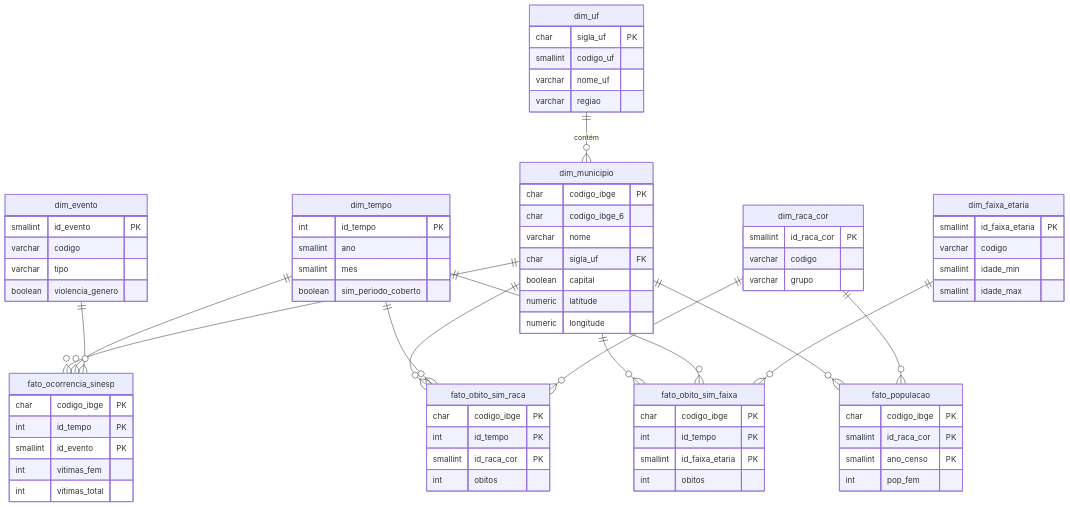
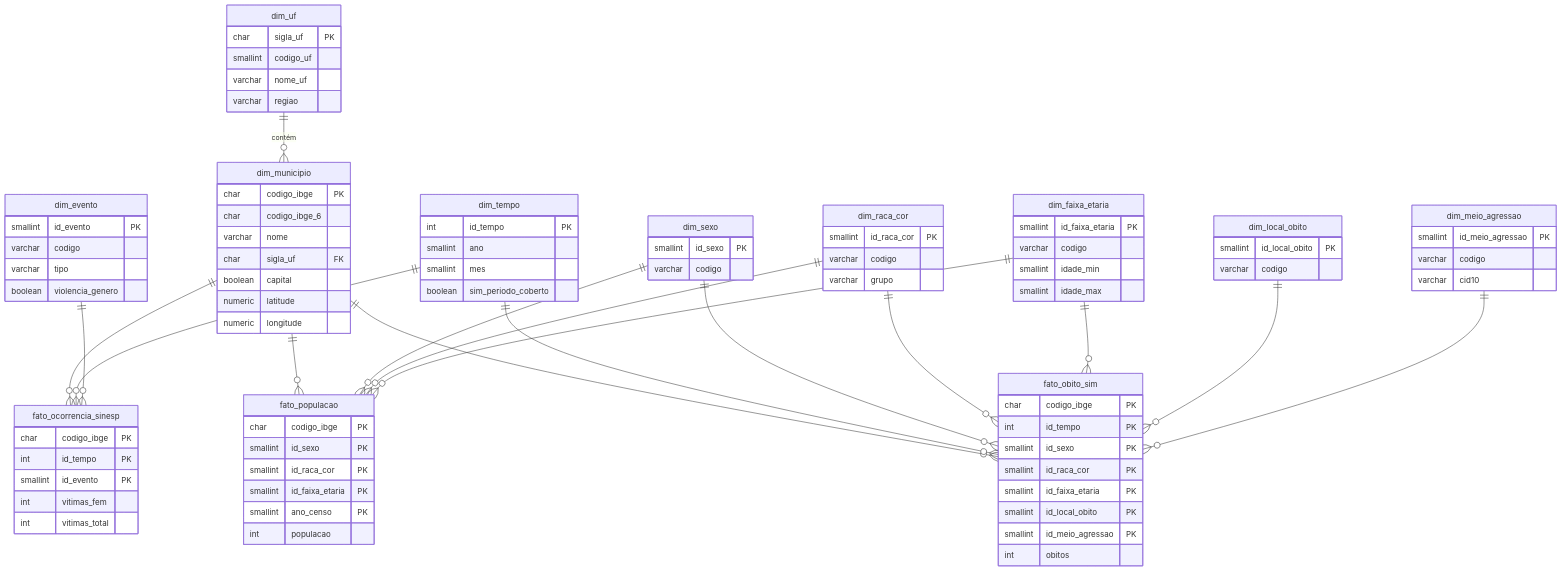
The diagram in README.md (jonbrc/bigdata-monitoramento-seguranca-feminicidio), drawn with Mermaid before and after one commit. The commit also changed other lines of this file and 2 other files, not shown here.

Commit message:
feat: fato único do SIM (sexo × raça × faixa × local × meio), população detalhada e views de KPIs

````diff
--- a/README.md
+++ b/README.md
@@ -386,16 +386,19 @@
 erDiagram
     dim_uf ||--o{ dim_municipio : "contém"
     dim_municipio ||--o{ fato_ocorrencia_sinesp : ""
-    dim_municipio ||--o{ fato_obito_sim_raca : ""
-    dim_municipio ||--o{ fato_obito_sim_faixa : ""
+    dim_municipio ||--o{ fato_obito_sim : ""
     dim_municipio ||--o{ fato_populacao : ""
     dim_tempo ||--o{ fato_ocorrencia_sinesp : ""
-    dim_tempo ||--o{ fato_obito_sim_raca : ""
-    dim_tempo ||--o{ fato_obito_sim_faixa : ""
+    dim_tempo ||--o{ fato_obito_sim : ""
     dim_evento ||--o{ fato_ocorrencia_sinesp : ""
-    dim_raca_cor ||--o{ fato_obito_sim_raca : ""
+    dim_sexo ||--o{ fato_obito_sim : ""
+    dim_sexo ||--o{ fato_populacao : ""
+    dim_raca_cor ||--o{ fato_obito_sim : ""
     dim_raca_cor ||--o{ fato_populacao : ""
-    dim_faixa_etaria ||--o{ fato_obito_sim_faixa : ""
+    dim_faixa_etaria ||--o{ fato_obito_sim : ""
+    dim_faixa_etaria ||--o{ fato_populacao : ""
+    dim_local_obito ||--o{ fato_obito_sim : ""
+    dim_meio_agressao ||--o{ fato_obito_sim : ""
 
     dim_uf {
         char sigla_uf PK
@@ -424,6 +427,10 @@
         varchar tipo
         boolean violencia_genero
     }
+    dim_sexo {
+        smallint id_sexo PK
+        varchar codigo
+    }
     dim_raca_cor {
         smallint id_raca_cor PK
         varchar codigo
@@ -435,6 +442,15 @@
         smallint idade_min
         smallint idade_max
     }
+    dim_local_obito {
+        smallint id_local_obito PK
+        varchar codigo
+    }
+    dim_meio_agressao {
+        smallint id_meio_agressao PK
+        varchar codigo
+        varchar cid10
+    }
     fato_ocorrencia_sinesp {
         char codigo_ibge PK
         int id_tempo PK
@@ -442,22 +458,22 @@
         int vitimas_fem
         int vitimas_total
     }
-    fato_obito_sim_raca {
+    fato_obito_sim {
         char codigo_ibge PK
         int id_tempo PK
+        smallint id_sexo PK
         smallint id_raca_cor PK
-        int obitos
-    }
-    fato_obito_sim_faixa {
-        char codigo_ibge PK
-        int id_tempo PK
         smallint id_faixa_etaria PK
+        smallint id_local_obito PK
+        smallint id_meio_agressao PK
         int obitos
     }
     fato_populacao {
         char codigo_ibge PK
+        smallint id_sexo PK
         smallint id_raca_cor PK
+        smallint id_faixa_etaria PK
         smallint ano_censo PK
-        int pop_fem
+        int populacao
     }
 ```
````
